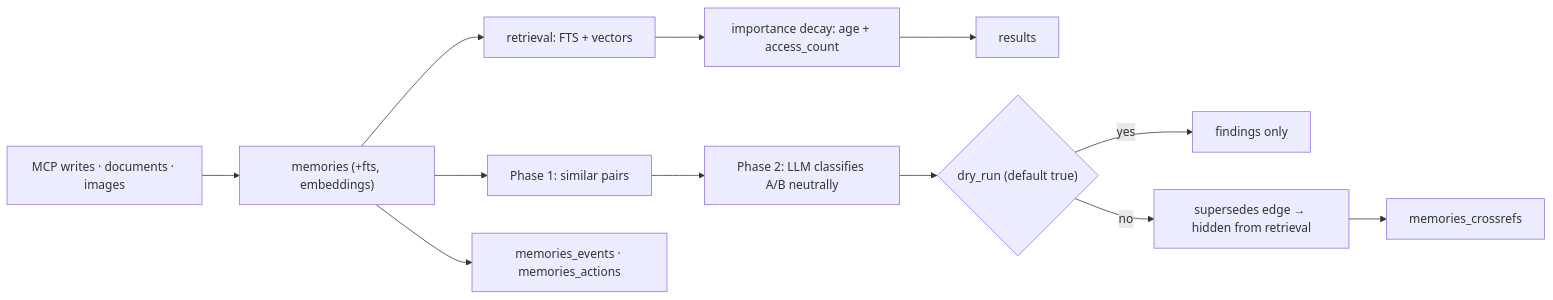
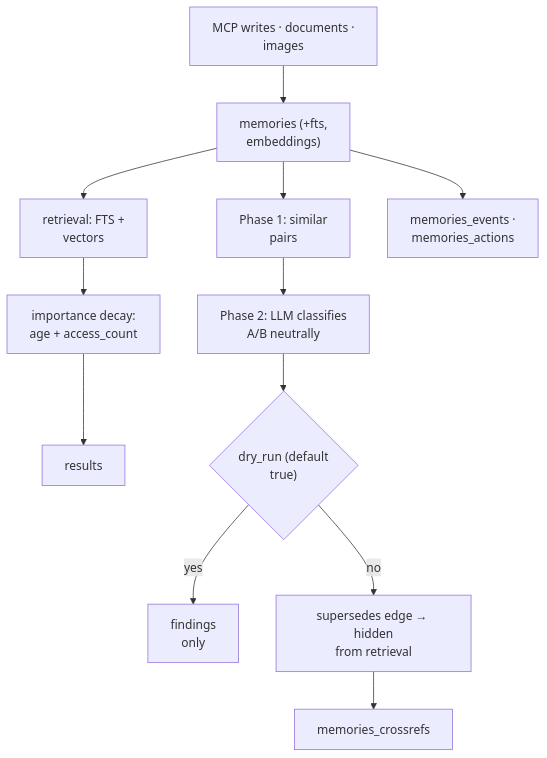
Before and after one commit to neoneye/agent-memory-atlas: the diagram in content/systems/memora.md, drawn with Mermaid. The commit also changed 99 other files, not shown here.

First line of the commit message:
Reshape the remaining 49 diagrams so their labels are legible

````diff
--- a/content/systems/memora.md
+++ b/content/systems/memora.md
@@ -101,14 +101,14 @@
 ```mermaid
-flowchart LR
-  In["MCP writes · documents · images"] --> Mem["memories (+fts, embeddings)"]
-  Mem --> Rank["retrieval: FTS + vectors"]
-  Rank --> Imp["importance decay: age + access_count"]
+flowchart TD
+  In["MCP writes · documents ·<br/>images"] --> Mem["memories (+fts,<br/>embeddings)"]
+  Mem --> Rank["retrieval: FTS +<br/>vectors"]
+  Rank --> Imp["importance decay:<br/>age + access_count"]
   Imp --> Out["results"]
-  Mem --> P1["Phase 1: similar pairs"]
-  P1 --> P2["Phase 2: LLM classifies A/B neutrally"]
-  P2 --> Dry{"dry_run (default true)"}
-  Dry -->|yes| Report["findings only"]
-  Dry -->|no| Edge["supersedes edge → hidden from retrieval"]
+  Mem --> P1["Phase 1: similar<br/>pairs"]
+  P1 --> P2["Phase 2: LLM classifies<br/>A/B neutrally"]
+  P2 --> Dry{"dry_run (default<br/>true)"}
+  Dry -->|yes| Report["findings<br/>only"]
+  Dry -->|no| Edge["supersedes edge → hidden<br/>from retrieval"]
   Edge --> Cross["memories_crossrefs"]
-  Mem --> Ev["memories_events · memories_actions"]
+  Mem --> Ev["memories_events ·<br/>memories_actions"]
 ```
````
